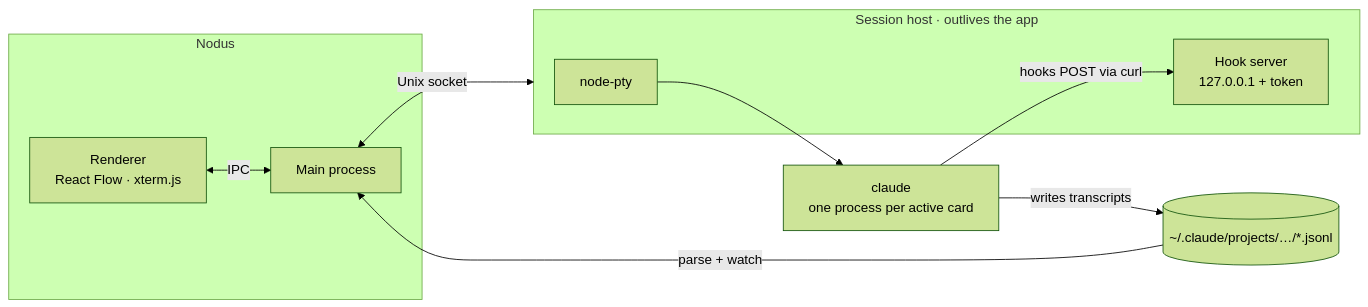
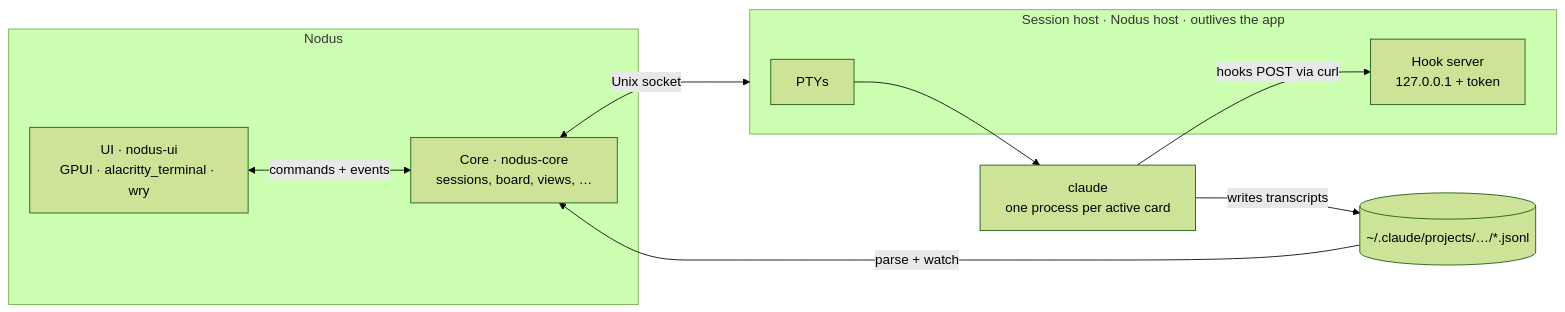
One commit to saleem-hadad/nodus changed the diagram in docs/how-it-works.md. Above: the diagram before and after it, drawn with Mermaid (forest theme). The commit also changed other lines of this file and 2 other files, not shown here.

First line of the commit message:
Document building, developing and releasing the Rust app

````diff
--- a/docs/how-it-works.md
+++ b/docs/how-it-works.md
@@ -5,20 +5,20 @@
 ```mermaid
 flowchart LR
   subgraph app["Nodus"]
-    ui["Renderer<br/>React Flow · xterm.js"]
-    main["Main process"]
+    ui["UI · nodus-ui<br/>GPUI · alacritty_terminal · wry"]
+    core["Core · nodus-core<br/>sessions, board, views, …"]
   end
-  subgraph host["Session host · outlives the app"]
-    ptys["node-pty"]
+  subgraph host["Session host · Nodus host · outlives the app"]
+    ptys["PTYs"]
     hooks["Hook server<br/>127.0.0.1 + token"]
   end
   cli["claude<br/>one process per active card"]
   jsonl[("~/.claude/projects/…/*.jsonl")]
 
-  ui <-->|IPC| main
-  main <-->|Unix socket| host
+  ui <-->|commands + events| core
+  core <-->|Unix socket| host
   ptys --> cli
   cli -->|hooks POST via curl| hooks
   cli -->|writes transcripts| jsonl
-  jsonl -->|parse + watch| main
+  jsonl -->|parse + watch| core
 ```
````
